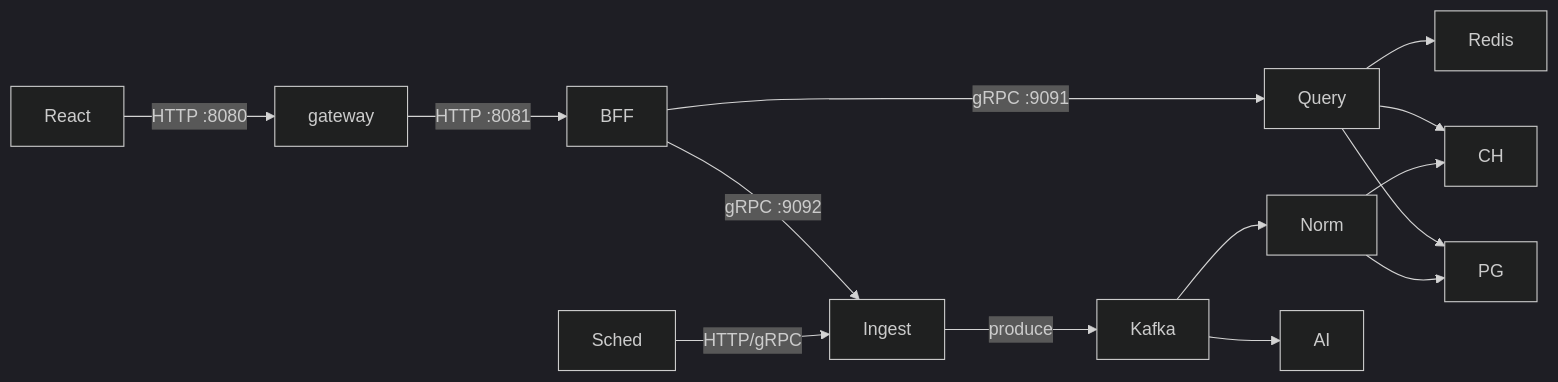
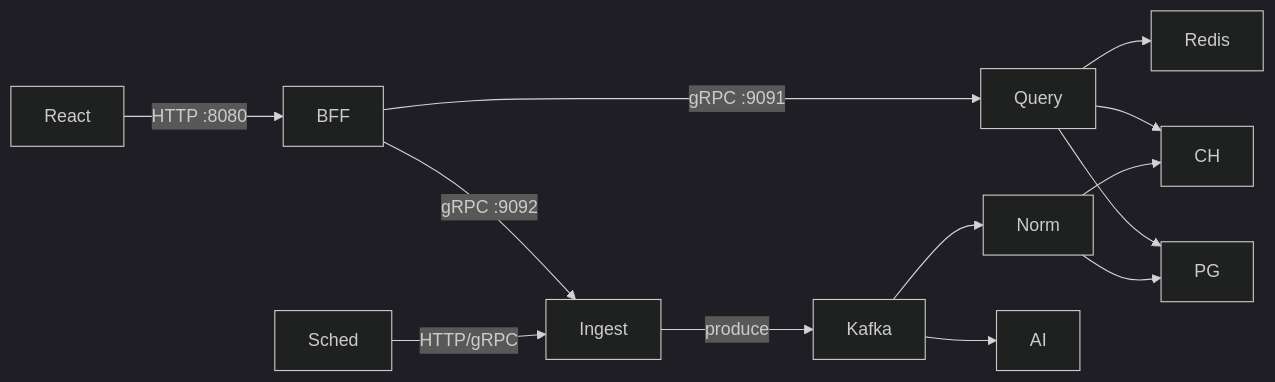
One commit to Chuchoss/it-labor-pulse changed the diagram in docs/architecture/02-services.md. Above: the diagram before and after it, drawn with Mermaid (dark theme). The commit also changed other lines of this file and 30 other files, not shown here.

First line of the commit message:
refactor(api): drop separate gateway; public BFF on :8080

````diff
--- a/docs/architecture/02-services.md
+++ b/docs/architecture/02-services.md
@@ -115,16 +114,15 @@
 ```mermaid
 flowchart LR
-  React -->|HTTP :8080| GW[gateway]
-  GW -->|HTTP :8081| BFF
+  React -->|HTTP :8080| BFF
   BFF -->|gRPC :9091| Query
   BFF -->|gRPC :9092| Ingest
   Sched -->|HTTP/gRPC| Ingest
   Ingest -->|produce| Kafka
   Kafka --> Norm
   Kafka --> AI
   Query --> PG
   Query --> CH
   Query --> Redis
   Norm --> PG
   Norm --> CH
 ```
````
